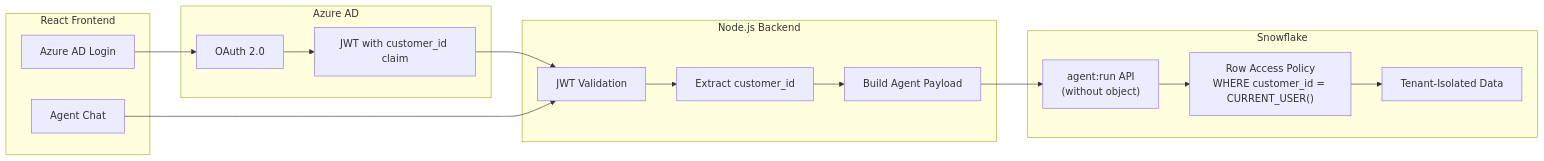
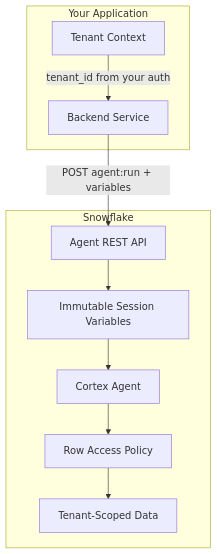
The first of 2 diagrams in _archive/guide-agent-multi-tenant/README.md (sfc-gh-miwhitaker/sfe-public), drawn with Mermaid before and after one commit. The commit also changed other lines of this file and 527 other files, not shown here.

````diff
--- a/_archive/guide-agent-multi-tenant/README.md
+++ b/_archive/guide-agent-multi-tenant/README.md
@@ -29,29 +31,22 @@
 ```mermaid
-flowchart LR
-    subgraph frontend [React Frontend]
-        Login["Azure AD Login"]
-        Chat["Agent Chat"]
+flowchart TD
+    subgraph app [Your Application]
+        Backend["Backend Service"]
+        TenantCtx["Tenant Context"]
     end
 
-    subgraph auth [Azure AD]
-        OAuth["OAuth 2.0"]
-        JWT["JWT with customer_id claim"]
+    subgraph sf [Snowflake]
+        AgentAPI["Agent REST API"]
+        Vars["Immutable Session Variables"]
+        RAP["Row Access Policy"]
+        Agent["Cortex Agent"]
+        Data["Tenant-Scoped Data"]
     end
 
-    subgraph backend [Node.js Backend]
-        Validate["JWT Validation"]
-        Extract["Extract customer_id"]
-        Build["Build Agent Payload"]
-    end
-
-    subgraph snowflake [Snowflake]
-        AgentAPI["agent:run API<br/>(without object)"]
-        RAP["Row Access Policy<br/>WHERE customer_id = CURRENT_USER()"]
-        Data["Tenant-Isolated Data"]
-    end
-
-    Login --> OAuth --> JWT --> Validate
-    Chat --> Validate
-    Validate --> Extract --> Build --> AgentAPI
-    AgentAPI --> RAP --> Data
+    Backend -->|"POST agent:run + variables"| AgentAPI
+    TenantCtx -->|"tenant_id from your auth"| Backend
+    AgentAPI --> Vars
+    Vars --> Agent
+    Agent --> RAP
+    RAP --> Data
 ```
````
